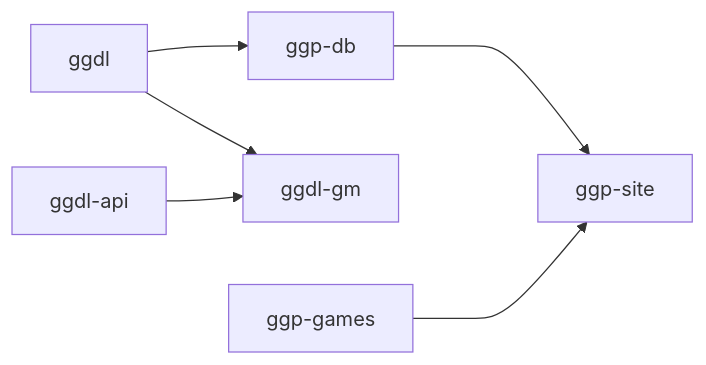
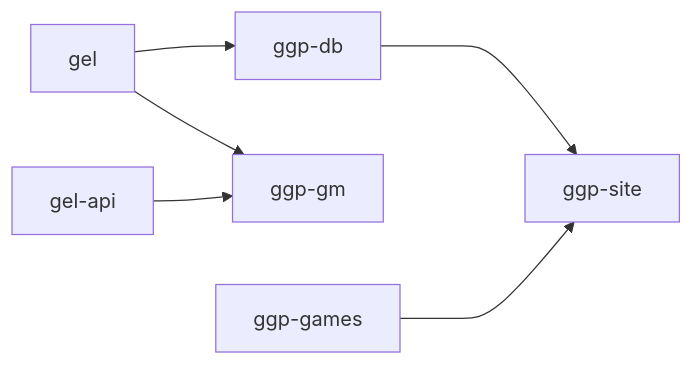
One commit to SymbolNotFound/gel changed the diagram in README.md. Above: the diagram before and after it, drawn with Mermaid. The commit also changed other lines of this file, not shown here.

Commit message:
edit README.md (GGDL -> GEL)

````diff
--- a/README.md
+++ b/README.md
@@ -111,8 +111,8 @@
 ```mermaid
 graph LR;
-    ggdl-->ggp-db;
-    ggdl-->ggdl-gm;
+    gel-->ggp-db;
+    gel-->ggp-gm;
     ggp-db--->ggp-site;
-    ggdl-api-->ggdl-gm;
+    gel-api-->ggp-gm;
     ggp-games--->ggp-site
 ```
````
